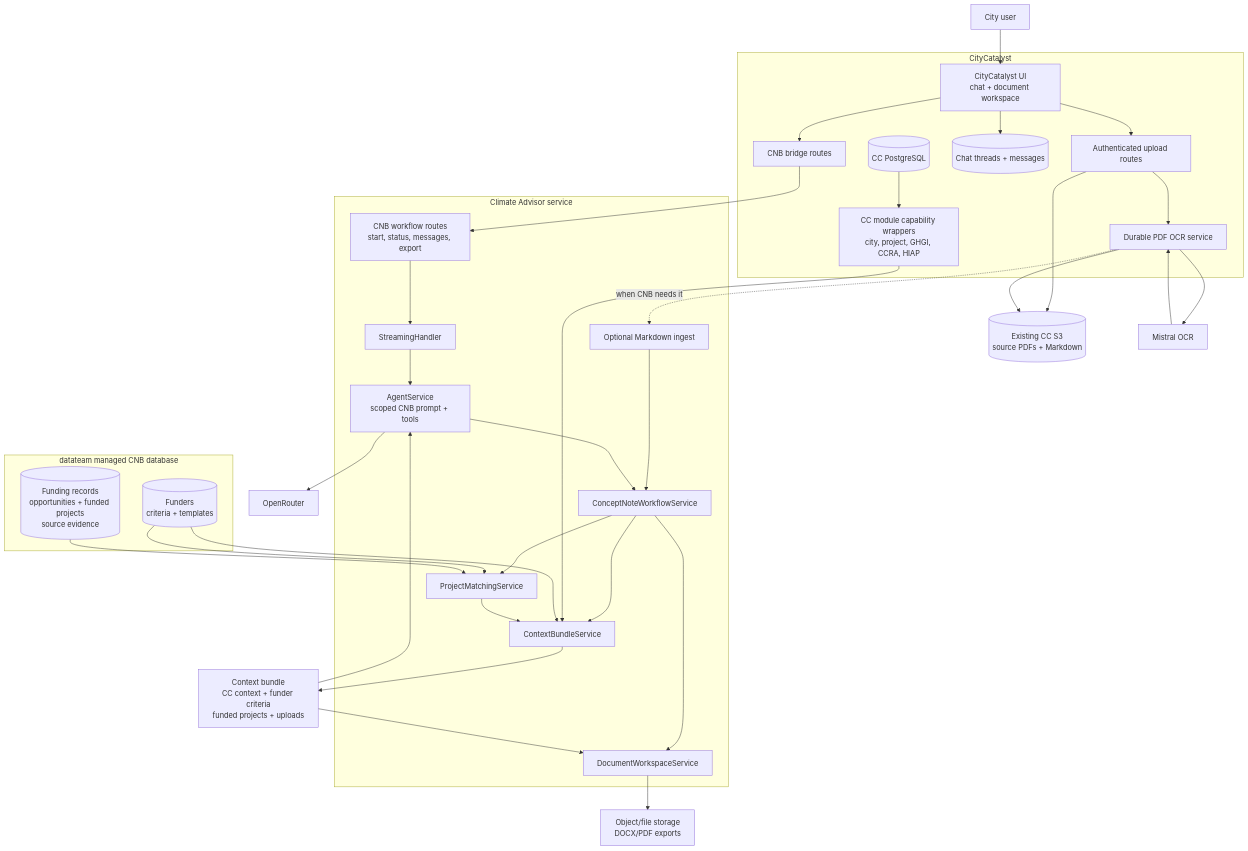
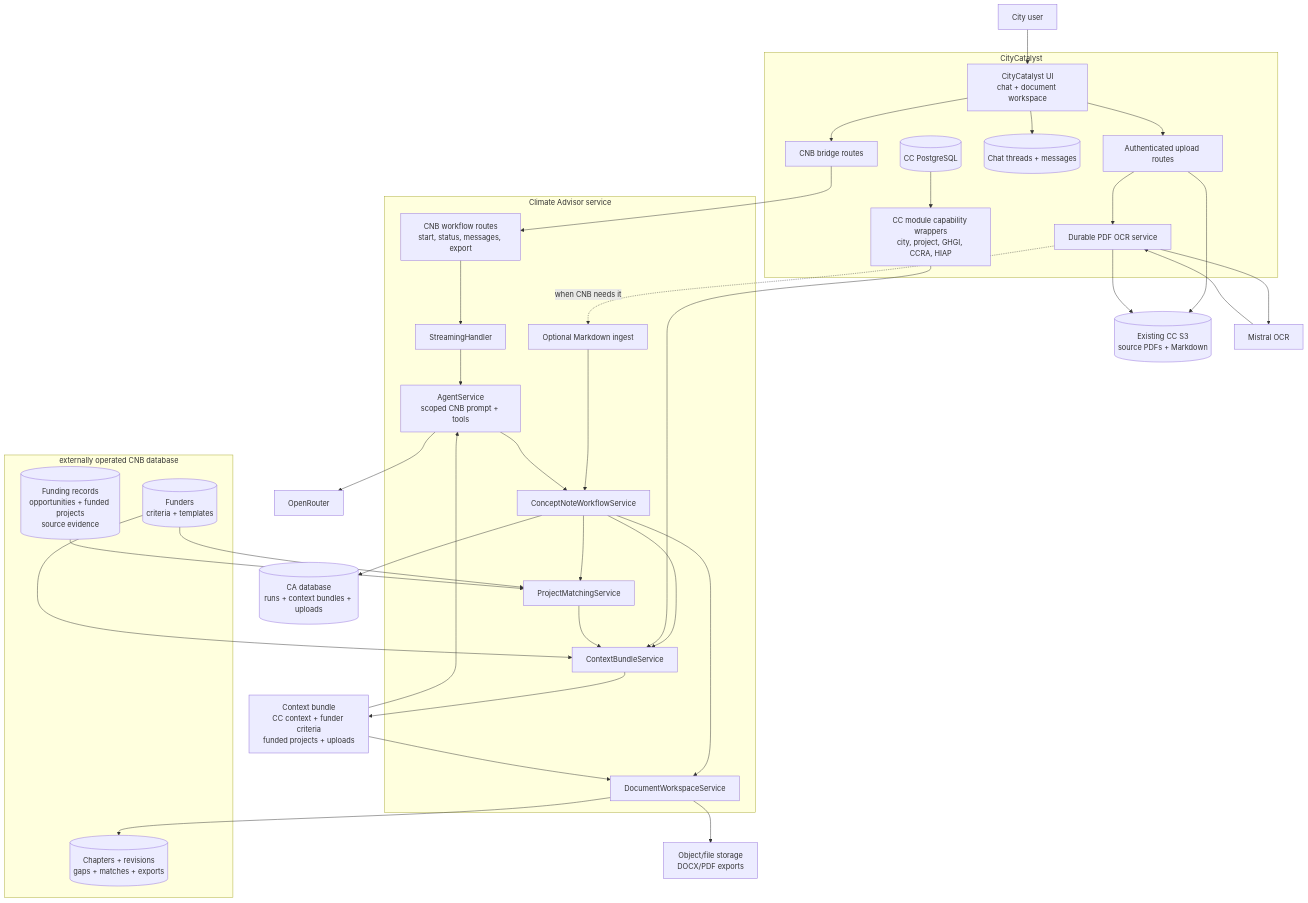
Before and after one commit to Open-Earth-Foundation/CityCatalyst: the first of 14 diagrams in docs/ConceptNoteBuilderArchitecture.md, drawn with Mermaid. The commit also changed other lines of this file and 31 other files, not shown here.

Commit message:
CC-557 establish CNB database connection

````diff
--- a/docs/ConceptNoteBuilderArchitecture.md
+++ b/docs/ConceptNoteBuilderArchitecture.md
@@ -75,66 +80,71 @@
 ```mermaid
 flowchart TB
     User["City user"] --> CCUI["CityCatalyst UI<br/>chat + document workspace"]
 
     subgraph CC["CityCatalyst"]
         CCUI
         CCBridge["CNB bridge routes"]
         CCUpload["Authenticated upload routes"]
         CCOCR["Durable PDF OCR service"]
         CCCaps["CC module capability wrappers<br/>city, project, GHGI, CCRA, HIAP"]
         CCChat[("Chat threads + messages")]
         CCData[("CC PostgreSQL")]
     end
 
     CCFiles[("Existing CC S3<br/>source PDFs + Markdown")]
     Mistral["Mistral OCR"]
 
     subgraph CA["Climate Advisor service"]
         CARoutes["CNB workflow routes<br/>start, status, messages, export"]
         MarkdownIngress["Optional Markdown ingest"]
         Stream["StreamingHandler"]
         Agent["AgentService<br/>scoped CNB prompt + tools"]
         CNBService["ConceptNoteWorkflowService"]
         ContextService["ContextBundleService"]
         DocService["DocumentWorkspaceService"]
         MatchService["ProjectMatchingService"]
     end
 
-    subgraph CNBDB["datateam managed CNB database"]
+    CADB[("CA database<br/>runs + context bundles + uploads")]
+
+    subgraph CNBDB["externally operated CNB database"]
+        WorkspaceDB[("Chapters + revisions<br/>gaps + matches + exports")]
         FunderDB[("Funders<br/>criteria + templates")]
         ProjectKB[("Funding records<br/>opportunities + funded projects<br/>source evidence")]
     end
 
     ContextBundle["Context bundle<br/>CC context + funder criteria<br/>funded projects + uploads"]
     OpenRouter["OpenRouter"]
     ExportStore["Object/file storage<br/>DOCX/PDF exports"]
 
     CCUI --> CCBridge
     CCUI --> CCChat
     CCUI --> CCUpload
     CCUpload --> CCFiles
     CCUpload --> CCOCR
     CCOCR --> Mistral
     Mistral --> CCOCR
     CCOCR --> CCFiles
     CCOCR -. "when CNB needs it" .-> MarkdownIngress
     MarkdownIngress --> CNBService
     CCBridge --> CARoutes
     CARoutes --> Stream
     Stream --> Agent
     Agent --> CNBService
     CNBService --> ContextService
     CNBService --> DocService
     CNBService --> MatchService
+    CNBService --> CADB
+    DocService --> WorkspaceDB
     CCData --> CCCaps
     CCCaps --> ContextService
     FunderDB --> ContextService
     FunderDB --> MatchService
     ProjectKB --> MatchService
     MatchService --> ContextService
     ContextService --> ContextBundle
     ContextBundle --> Agent
     ContextBundle --> DocService
     DocService --> ExportStore
     Agent --> OpenRouter
 ```
````
